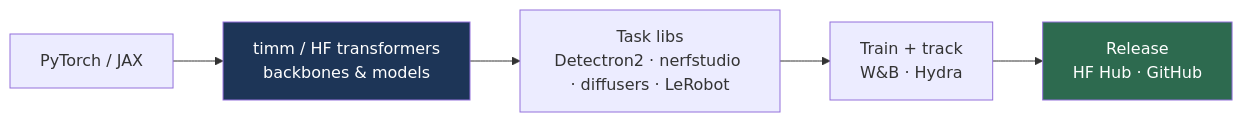
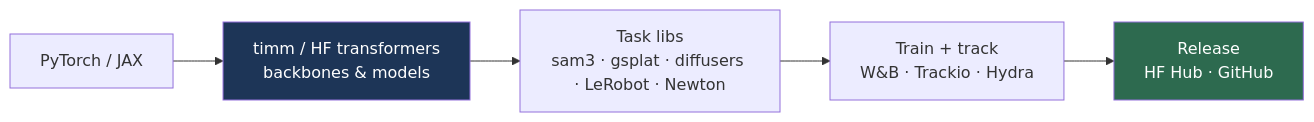
One commit to FrankHuang94/CV_learning_db_claude changed the diagram in cv-knowledge-base/13_resources_and_meta/03_software_tools.md. Above: the diagram before and after it, drawn with Mermaid. The commit also changed other lines of this file and 103 other files, not shown here.

````diff
--- a/cv-knowledge-base/13_resources_and_meta/03_software_tools.md
+++ b/cv-knowledge-base/13_resources_and_meta/03_software_tools.md
@@ -45,9 +55,9 @@
 ```mermaid
 graph LR
     A[PyTorch / JAX] --> B[timm / HF transformers<br/>backbones & models]
-    B --> C[Task libs<br/>Detectron2 · nerfstudio · diffusers · LeRobot]
-    C --> D[Train + track<br/>W&B · Hydra]
+    B --> C[Task libs<br/>sam3 · gsplat · diffusers · LeRobot · Newton]
+    C --> D[Train + track<br/>W&B · Trackio · Hydra]
     D --> E[Release<br/>HF Hub · GitHub]
     style B fill:#1d3557,color:#fff
     style E fill:#2d6a4f,color:#fff
 ```
````
